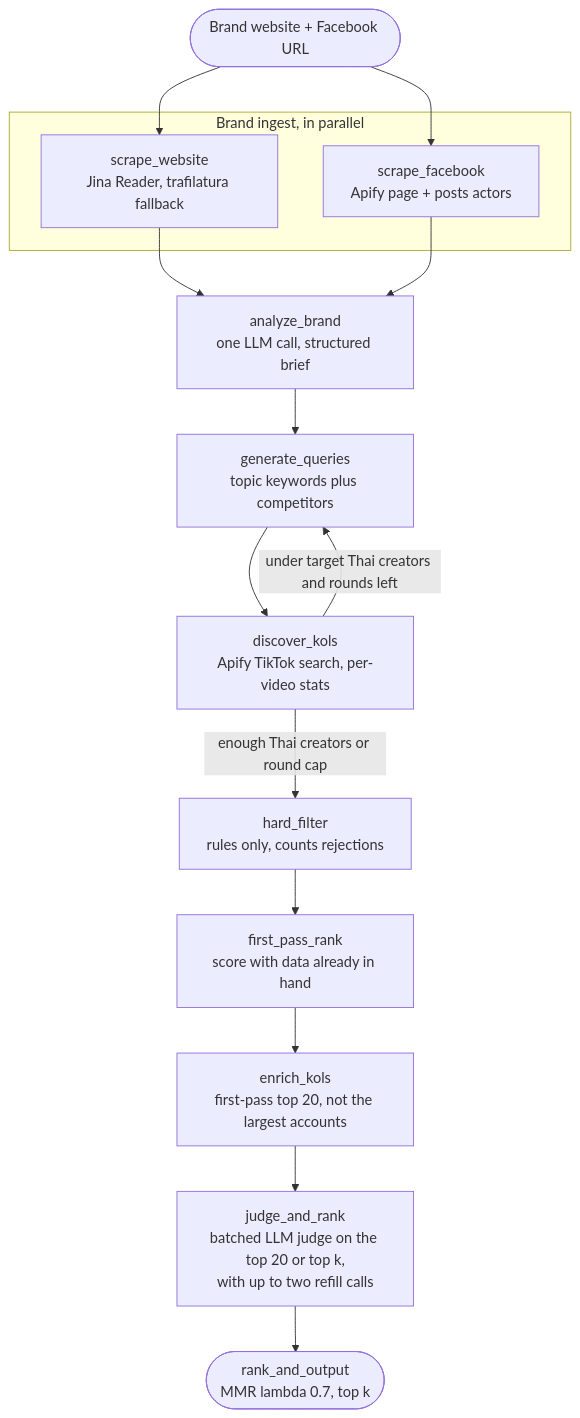
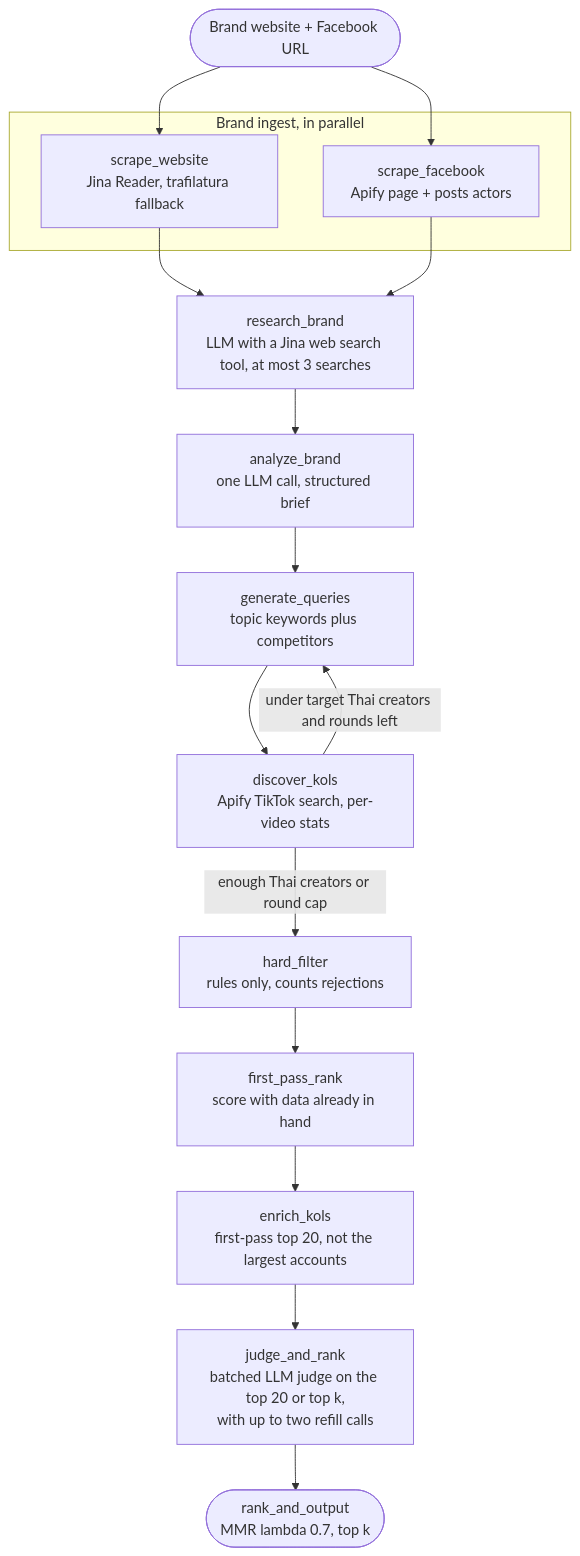
The first of 2 diagrams in README.md (Jamessurapat26/tiktok-kol-matcher), drawn with Mermaid before and after one commit. The commit also changed other lines of this file and 40 other files, not shown here.

First line of the commit message:
Add brand web research and content style analysis (#20)

````diff
--- a/README.md
+++ b/README.md
@@ -226,21 +226,22 @@
 ```mermaid
 flowchart TD
     REQ([Brand website + Facebook URL]) --> W
     REQ --> F
 
     subgraph ingest [Brand ingest, in parallel]
         W["scrape_website<br/>Jina Reader, trafilatura fallback"]
         F["scrape_facebook<br/>Apify page + posts actors"]
     end
 
-    W --> A["analyze_brand<br/>one LLM call, structured brief"]
-    F --> A
+    W --> R["research_brand<br/>LLM with a Jina web search tool, at most 3 searches"]
+    F --> R
+    R --> A["analyze_brand<br/>one LLM call, structured brief"]
     A --> Q["generate_queries<br/>topic keywords plus competitors"]
     Q --> D["discover_kols<br/>Apify TikTok search, per-video stats"]
     D -->|"under target Thai creators and rounds left"| Q
     D -->|"enough Thai creators or round cap"| HF["hard_filter<br/>rules only, counts rejections"]
     HF --> FP["first_pass_rank<br/>score with data already in hand"]
     FP --> E["enrich_kols<br/>first-pass top 20, not the largest accounts"]
     E --> J["judge_and_rank<br/>batched LLM judge on the top 20 or top k,<br/>with up to two refill calls"]
     J --> O(["rank_and_output<br/>MMR lambda 0.7, top k"])
 ```
````
